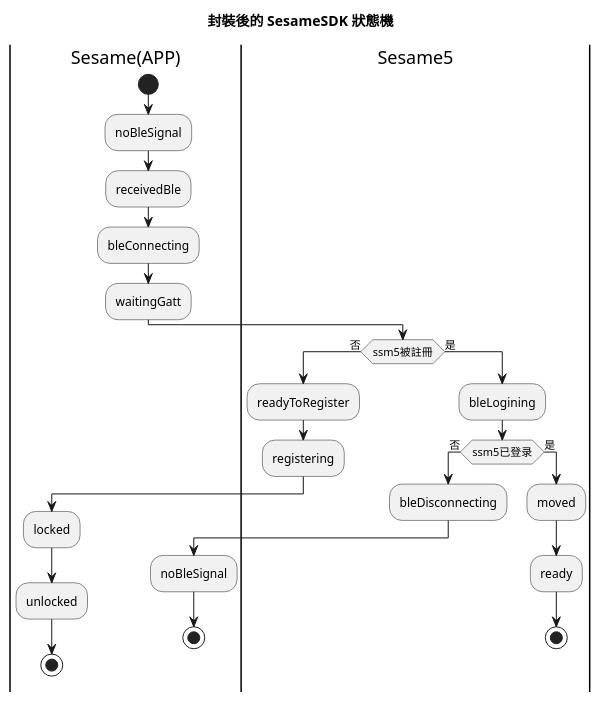
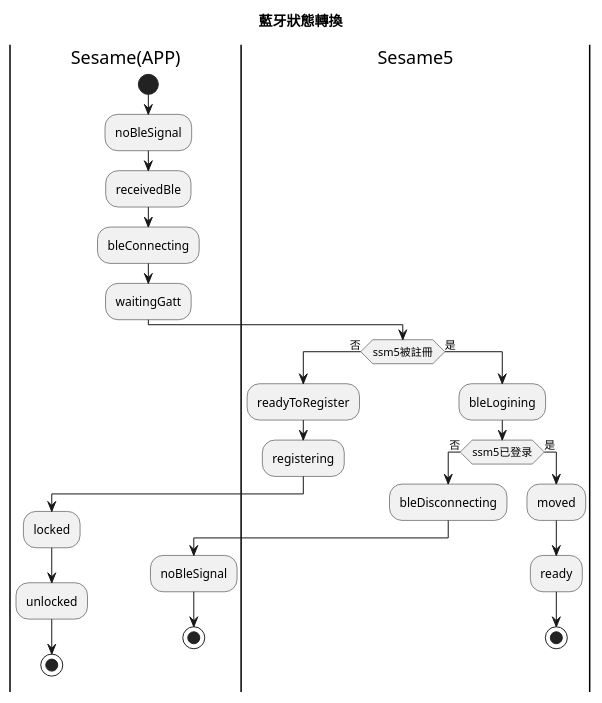
Before and after one commit to CANDY-HOUSE/.github: the diagram in profile/uml/uml_input/p08_statemechine.plantuml, drawn with PlantUML.

```diff
--- a/profile/uml/uml_input/p08_statemechine.plantuml
+++ b/profile/uml/uml_input/p08_statemechine.plantuml
@@ -1,38 +1,38 @@
 @startuml
-title 封裝後的 SesameSDK 狀態機 
+title 藍牙狀態轉換
 
 |Sesame(APP)|
 start 
 :noBleSignal;
 :receivedBle;
 :bleConnecting;
 :waitingGatt;
 
 |Sesame5|
 if(ssm5被註冊) then (否)
   :readyToRegister;
   :registering;
   
   |Sesame(APP)|
   :locked;
   :unlocked;
   stop
 else (是)
   |Sesame5|
   :bleLogining;
 	
 	if(ssm5已登录) then (否)
 	:bleDisconnecting;
   |Sesame(APP)|
 
 	:noBleSignal;
 stop
 	else (是)
 	|Sesame5|
 	  :moved;
 		:ready;
 
   stop
 endif
 
 @enduml
```
